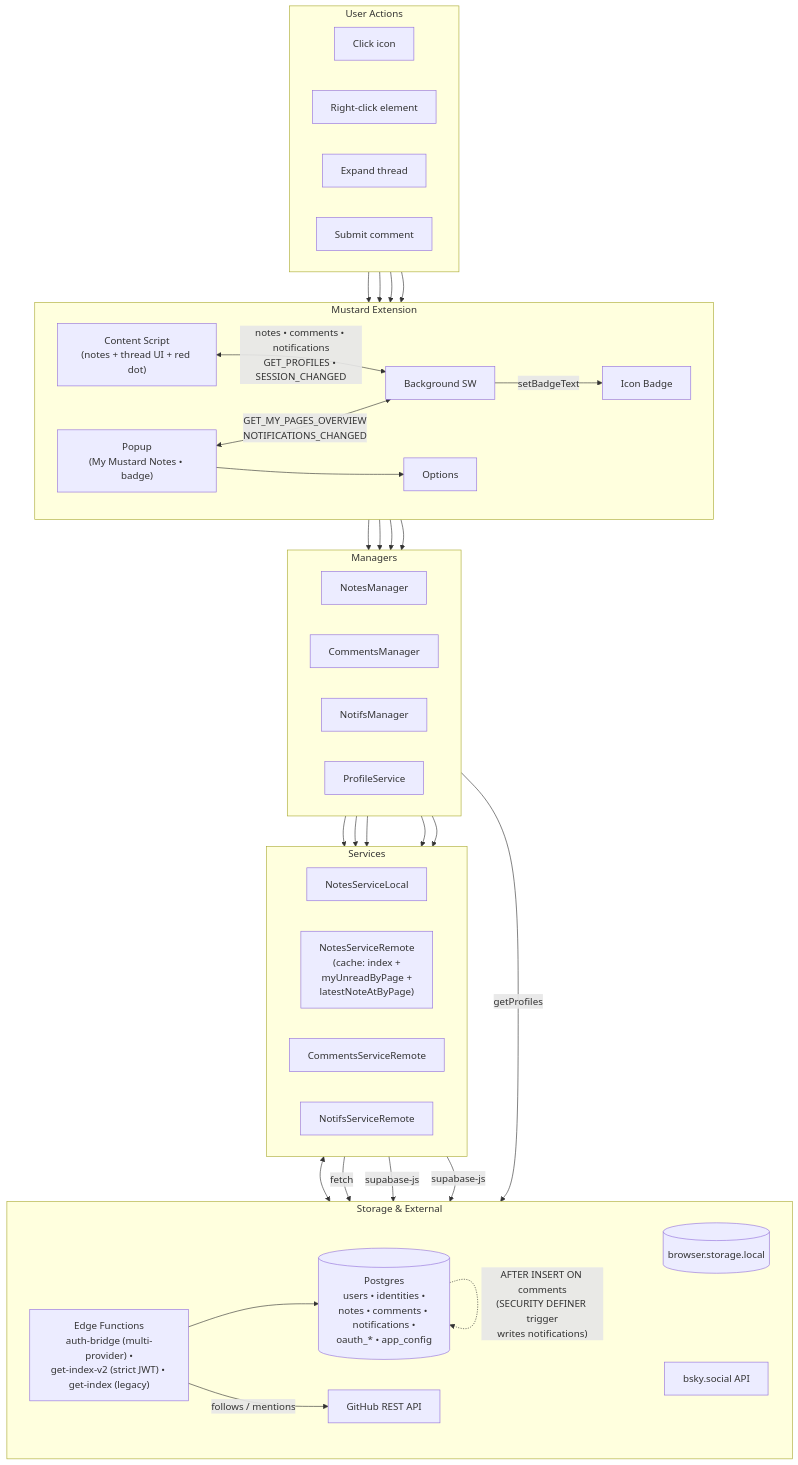
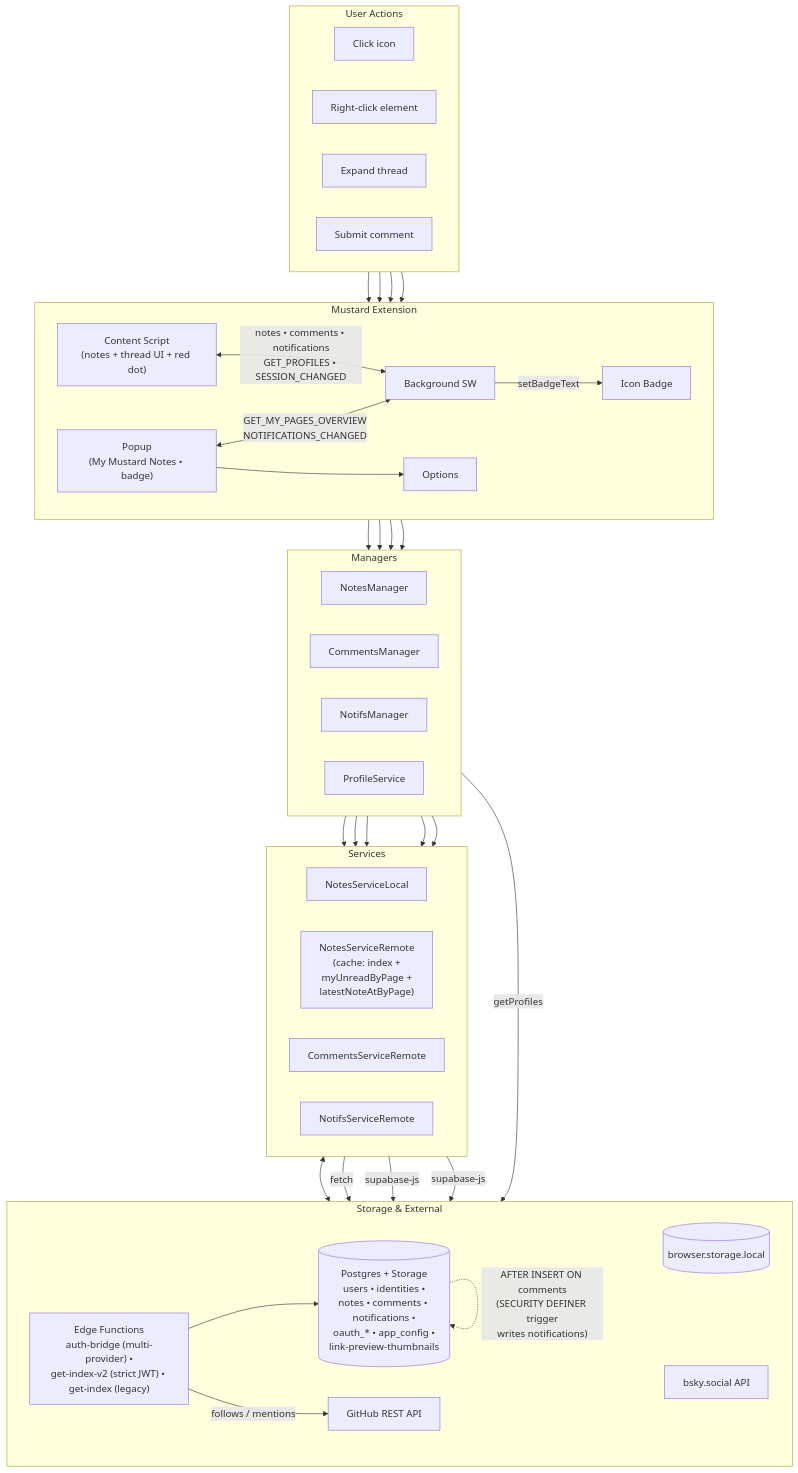
The diagram in .agents/skills/mustard-architecture/SKILL.md (fettstorch/mustard), drawn with Mermaid before and after one commit. The commit also changed 3 other files, not shown here.

First line of the commit message:
feat(database): add link preview persistence and storage

````diff
--- a/.agents/skills/mustard-architecture/SKILL.md
+++ b/.agents/skills/mustard-architecture/SKILL.md
@@ -19,75 +19,75 @@
 ```mermaid
 flowchart TB
     subgraph User["User Actions"]
         direction LR
         Click["Click icon"]
         RightClick["Right-click element"]
         Expand["Expand thread"]
         Comment["Submit comment"]
     end
 
     subgraph Extension["Mustard Extension"]
         direction LR
         Popup["Popup<br/>(My Mustard Notes • badge)"]
         Options["Options"]
         CS["Content Script<br/>(notes + thread UI + red dot)"]
         Badge["Icon Badge"]
         BG["Background SW"]
     end
 
     subgraph Managers["Managers"]
         direction LR
         NotesManager["NotesManager"]
         CommentsManager["CommentsManager"]
         NotifsManager["NotifsManager"]
         ProfileService["ProfileService"]
     end
 
     subgraph Svcs["Services"]
         direction LR
         LocalSvc["NotesServiceLocal"]
         RemoteSvc["NotesServiceRemote<br/>(cache: index +<br/>myUnreadByPage +<br/>latestNoteAtByPage)"]
         CommentsSvc["CommentsServiceRemote"]
         NotifsSvc["NotifsServiceRemote"]
     end
 
     subgraph Storage["Storage & External"]
         direction LR
         ChromeStorage[("browser.storage.local")]
         EdgeFns["Edge Functions<br/>auth-bridge (multi-provider) •<br/>get-index-v2 (strict JWT) • get-index (legacy)"]
-        DB[("Postgres<br/>users • identities •<br/>notes • comments • notifications •<br/>oauth_* • app_config")]
+        DB[("Postgres + Storage<br/>users • identities •<br/>notes • comments • notifications •<br/>oauth_* • app_config •<br/>link-preview-thumbnails")]
         BSkyAPI["bsky.social API"]
         GHAPI["GitHub REST API"]
     end
 
     Click --> Popup
     RightClick --> CS
     Expand --> CS
     Comment --> CS
 
     Popup <-->|"GET_MY_PAGES_OVERVIEW<br/>NOTIFICATIONS_CHANGED"| BG
     Popup --> Options
     CS <-->|"notes • comments • notifications<br/>GET_PROFILES • SESSION_CHANGED"| BG
     BG -->|"setBadgeText"| Badge
 
     BG --> NotesManager
     BG --> CommentsManager
     BG --> NotifsManager
     BG --> ProfileService
 
     NotesManager --> LocalSvc
     NotesManager --> RemoteSvc
     CommentsManager --> CommentsSvc
     NotifsManager --> NotifsSvc
     NotifsManager --> RemoteSvc
 
     LocalSvc <--> ChromeStorage
     RemoteSvc -->|"fetch"| EdgeFns
     CommentsSvc -->|"supabase-js"| DB
     NotifsSvc -->|"supabase-js"| DB
     EdgeFns --> DB
     EdgeFns -->|"follows / mentions"| GHAPI
     ProfileService -->|"getProfiles"| BSkyAPI
 
     DB -.->|"AFTER INSERT ON comments<br/>(SECURITY DEFINER trigger<br/>writes notifications)"| DB
 ```
````
